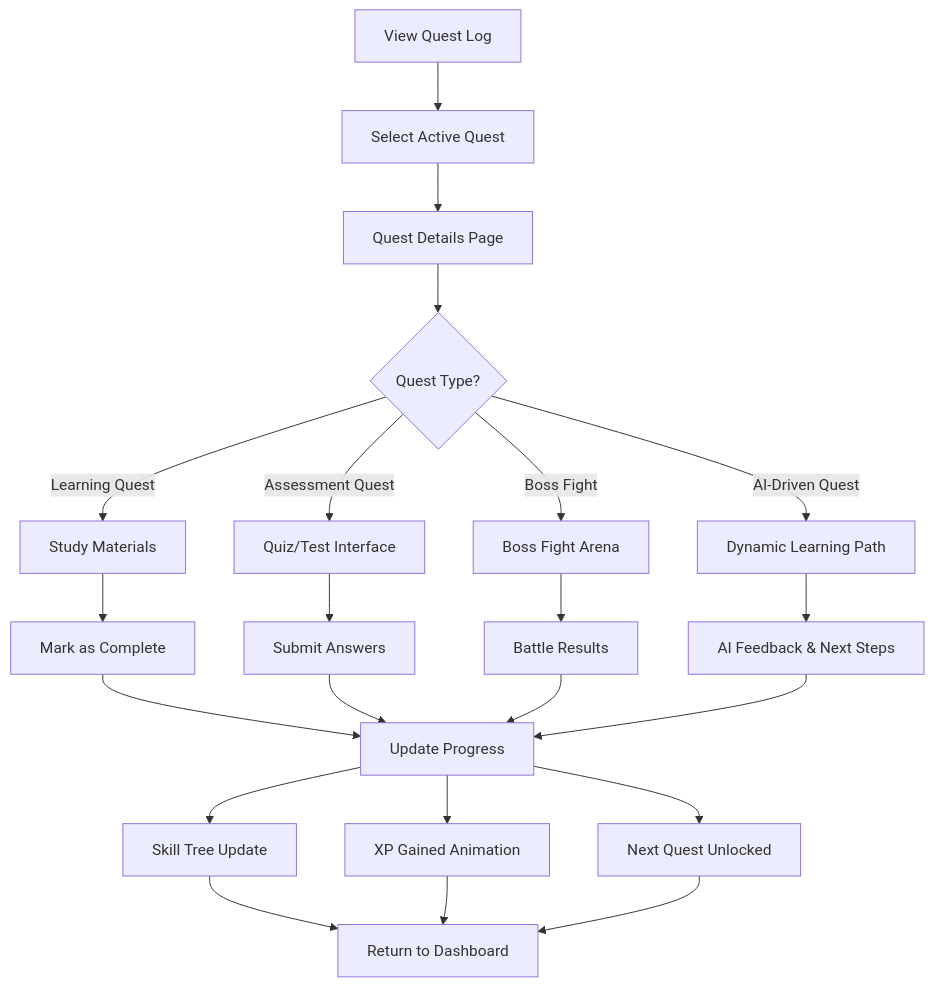
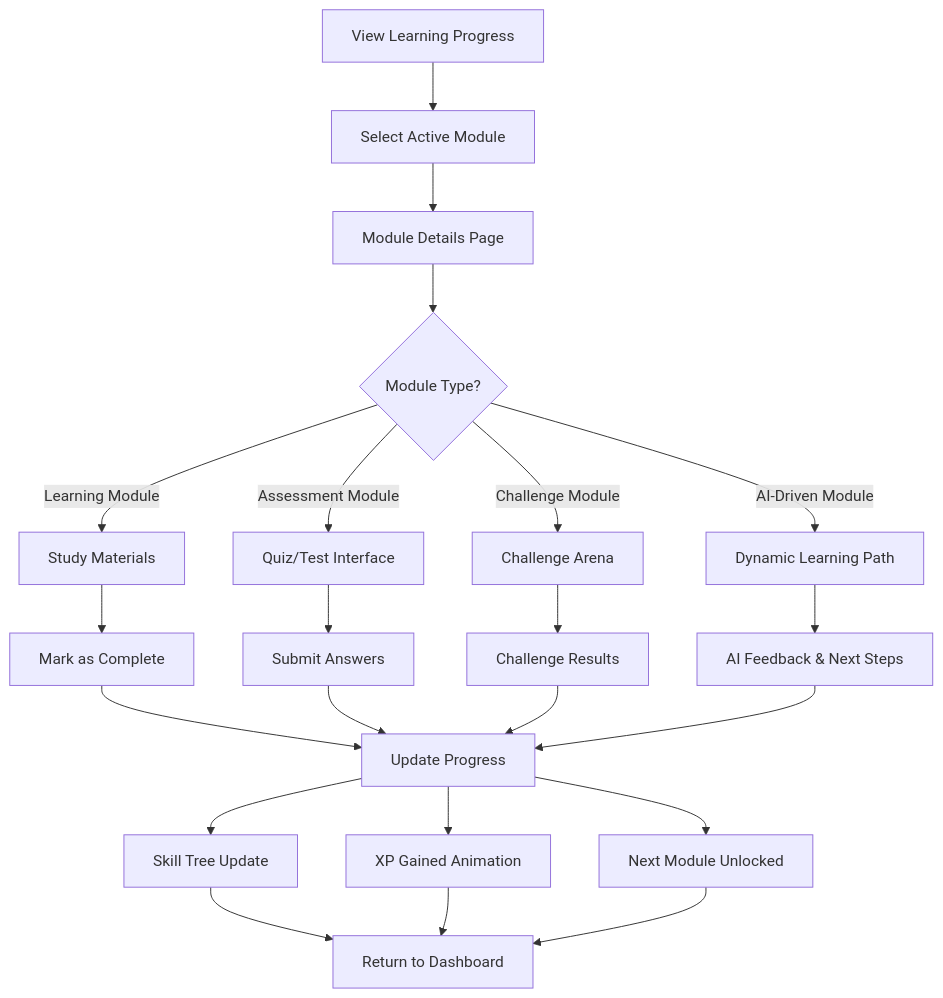
The second of 16 diagrams in docs/front-end-spec/user-flows-wireframes.md (FA25SE050-RogueLearn/RogueLearn.BMAD.Documentation), drawn with Mermaid before and after one commit. The commit also changed other lines of this file and 14 other files, not shown here.

First line of the commit message:
docs: rename "quest" to "learning" in frontend documentation

````diff
--- a/docs/front-end-spec/user-flows-wireframes.md
+++ b/docs/front-end-spec/user-flows-wireframes.md
@@ -37,29 +37,29 @@
 ```mermaid
 graph TD
-    A[View Quest Log] --> B[Select Active Quest]
-    B --> C[Quest Details Page]
-    C --> D{Quest Type?}
+    A[View Learning Progress] --> B[Select Active Module]
+    B --> C[Module Details Page]
+    C --> D{Module Type?}
     
-    D -->|Learning Quest| E[Study Materials]
-    D -->|Assessment Quest| F[Quiz/Test Interface]
-    D -->|Boss Fight| G[Boss Fight Arena]
-    D -->|AI-Driven Quest| H[Dynamic Learning Path]
+    D -->|Learning Module| E[Study Materials]
+    D -->|Assessment Module| F[Quiz/Test Interface]
+    D -->|Challenge Module| G[Challenge Arena]
+    D -->|AI-Driven Module| H[Dynamic Learning Path]
     
     E --> I[Mark as Complete]
     F --> J[Submit Answers]
-    G --> K[Battle Results]
+    G --> K[Challenge Results]
     H --> L[AI Feedback & Next Steps]
     
     I --> M[Update Progress]
     J --> M
     K --> M
     L --> M
     
     M --> N[Skill Tree Update]
     M --> O[XP Gained Animation]
-    M --> P[Next Quest Unlocked]
+    M --> P[Next Module Unlocked]
     
     N --> Q[Return to Dashboard]
     O --> Q
     P --> Q
 ```
````
